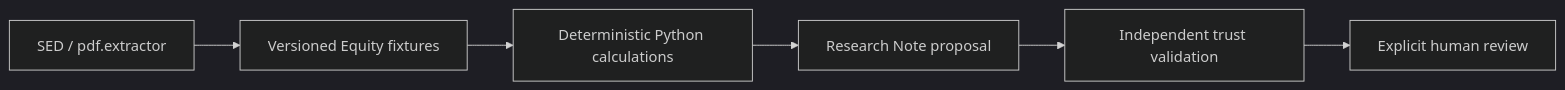
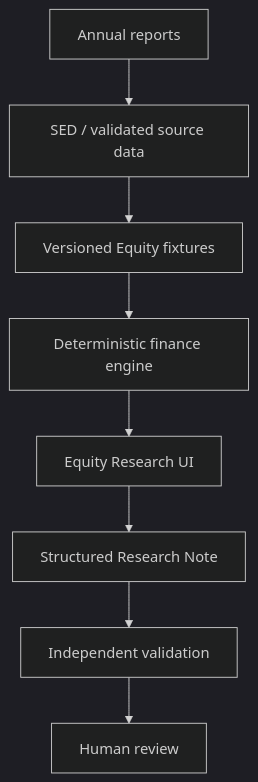
The diagram in README.md (EMen11/AI-quant-research-assistant), drawn with Mermaid (dark theme) before and after one commit. The commit also changed other lines of this file and 1 other file, not shown here.

Commit message:
docs: present V4.1 for finance and data readers

````diff
--- a/README.md
+++ b/README.md
@@ -73,8 +209,10 @@
 ```mermaid
-flowchart LR
-    SED["SED / pdf.extractor"] --> F["Versioned Equity fixtures"]
-    F --> P["Deterministic Python calculations"]
-    P --> N["Research Note proposal"]
-    N --> V["Independent trust validation"]
-    V --> H["Explicit human review"]
+flowchart TD
+    A["Annual reports"] --> S["SED / validated source data"]
+    S --> F["Versioned Equity fixtures"]
+    F --> P["Deterministic finance engine"]
+    P --> U["Equity Research UI"]
+    U --> N["Structured Research Note"]
+    N --> V["Independent validation"]
+    V --> H["Human review"]
 ```
````
